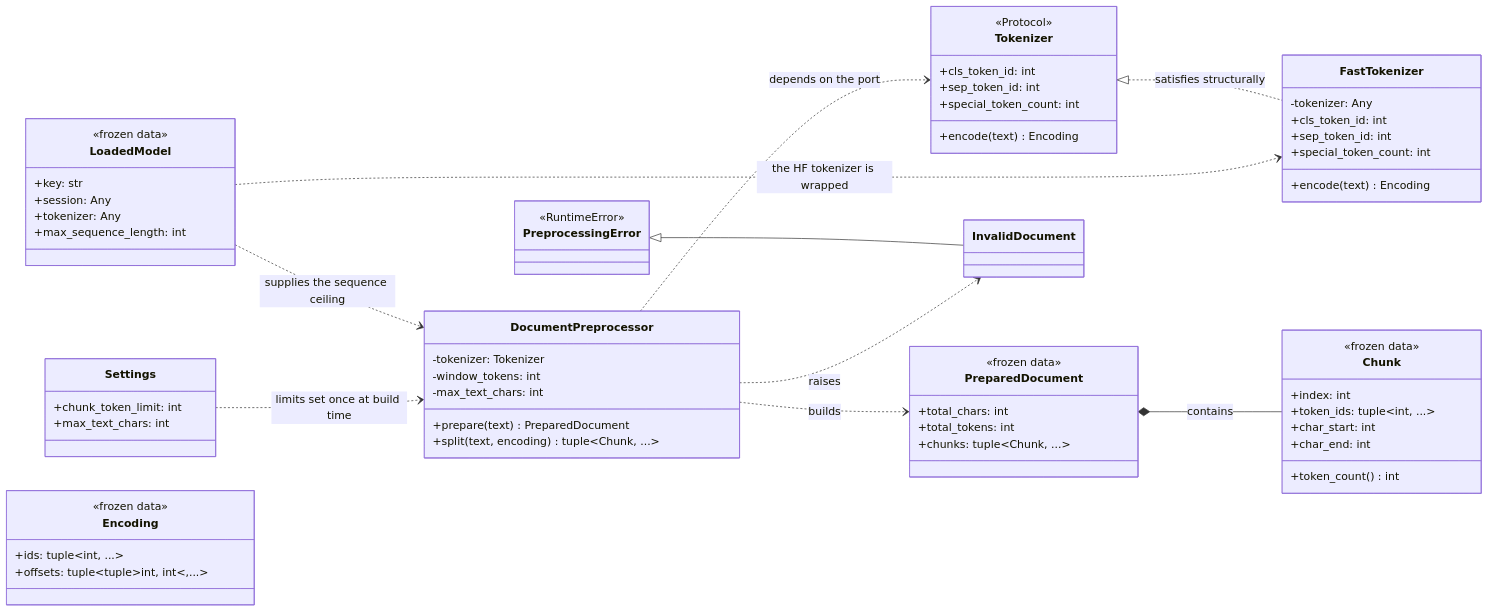
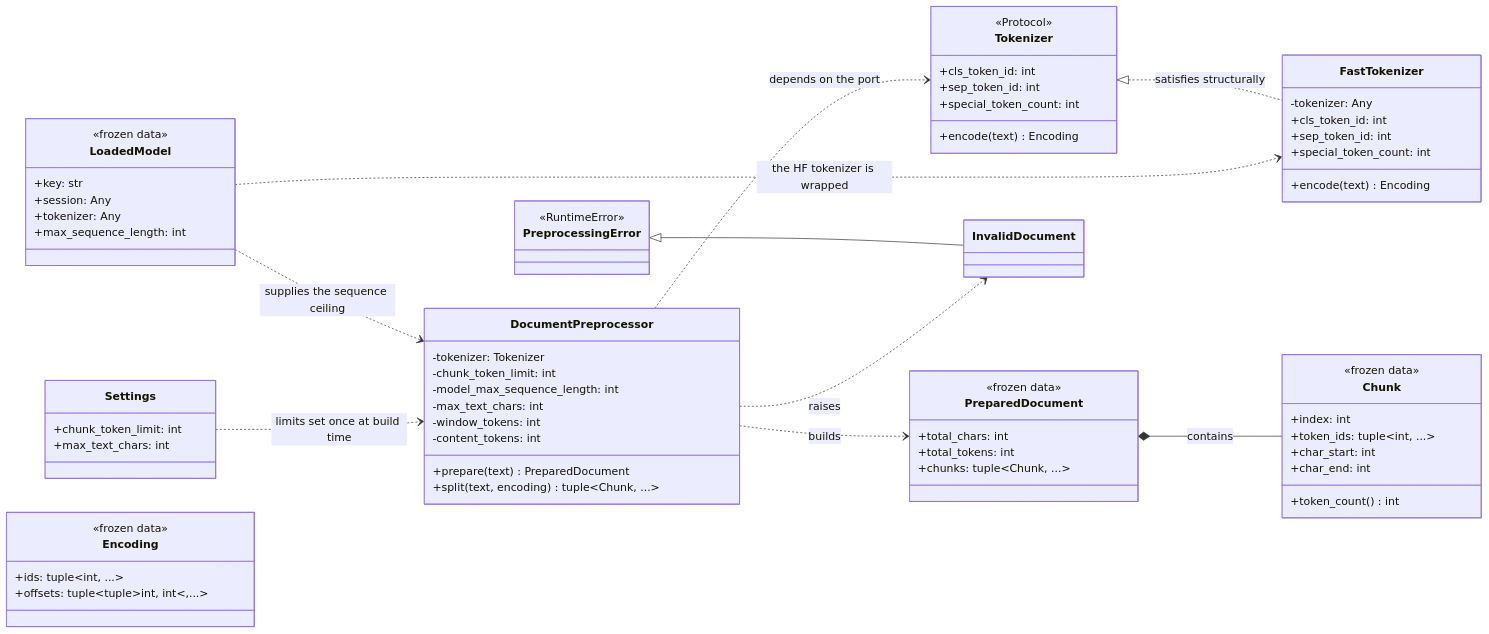
The first of 7 diagrams in services/inference/specifications/references/inference-preprocessing.md (kunalPisolkar24/detectAI), drawn with Mermaid before and after one commit. The commit also changed other lines of this file and 7 other files, not shown here.

````diff
--- a/services/inference/specifications/references/inference-preprocessing.md
+++ b/services/inference/specifications/references/inference-preprocessing.md
@@ -322,78 +328,81 @@
 ```mermaid
 classDiagram
     direction LR
 
     class Settings {
         +chunk_token_limit: int
         +max_text_chars: int
     }
 
     class LoadedModel {
         <<frozen data>>
         +key: str
         +session: Any
         +tokenizer: Any
         +max_sequence_length: int
     }
 
     class Tokenizer {
         <<Protocol>>
         +cls_token_id: int
         +sep_token_id: int
         +special_token_count: int
         +encode(text) Encoding
     }
 
     class FastTokenizer {
         -tokenizer: Any
         +cls_token_id: int
         +sep_token_id: int
         +special_token_count: int
         +encode(text) Encoding
     }
 
     class Encoding {
         <<frozen data>>
         +ids: tuple~int, ...~
         +offsets: tuple~tuple~int, int~,...~
     }
 
     class DocumentPreprocessor {
         -tokenizer: Tokenizer
+        -chunk_token_limit: int
+        -model_max_sequence_length: int
+        -max_text_chars: int
         -window_tokens: int
-        -max_text_chars: int
+        -content_tokens: int
         +prepare(text) PreparedDocument
         +split(text, encoding) tuple~Chunk, ...~
     }
 
     class PreparedDocument {
         <<frozen data>>
         +total_chars: int
         +total_tokens: int
         +chunks: tuple~Chunk, ...~
     }
 
     class Chunk {
         <<frozen data>>
         +index: int
         +token_ids: tuple~int, ...~
         +char_start: int
         +char_end: int
         +token_count() int
     }
 
     class PreprocessingError {
         <<RuntimeError>>
     }
     class InvalidDocument
 
     PreprocessingError <|-- InvalidDocument
     Tokenizer <|.. FastTokenizer : satisfies structurally
     LoadedModel ..> FastTokenizer : the HF tokenizer is wrapped
     DocumentPreprocessor ..> Tokenizer : depends on the port
     DocumentPreprocessor ..> PreparedDocument : builds
     PreparedDocument *-- Chunk : contains
     DocumentPreprocessor ..> InvalidDocument : raises
     LoadedModel ..> DocumentPreprocessor : supplies the sequence ceiling
     Settings ..> DocumentPreprocessor : limits set once at build time
 ```
````
